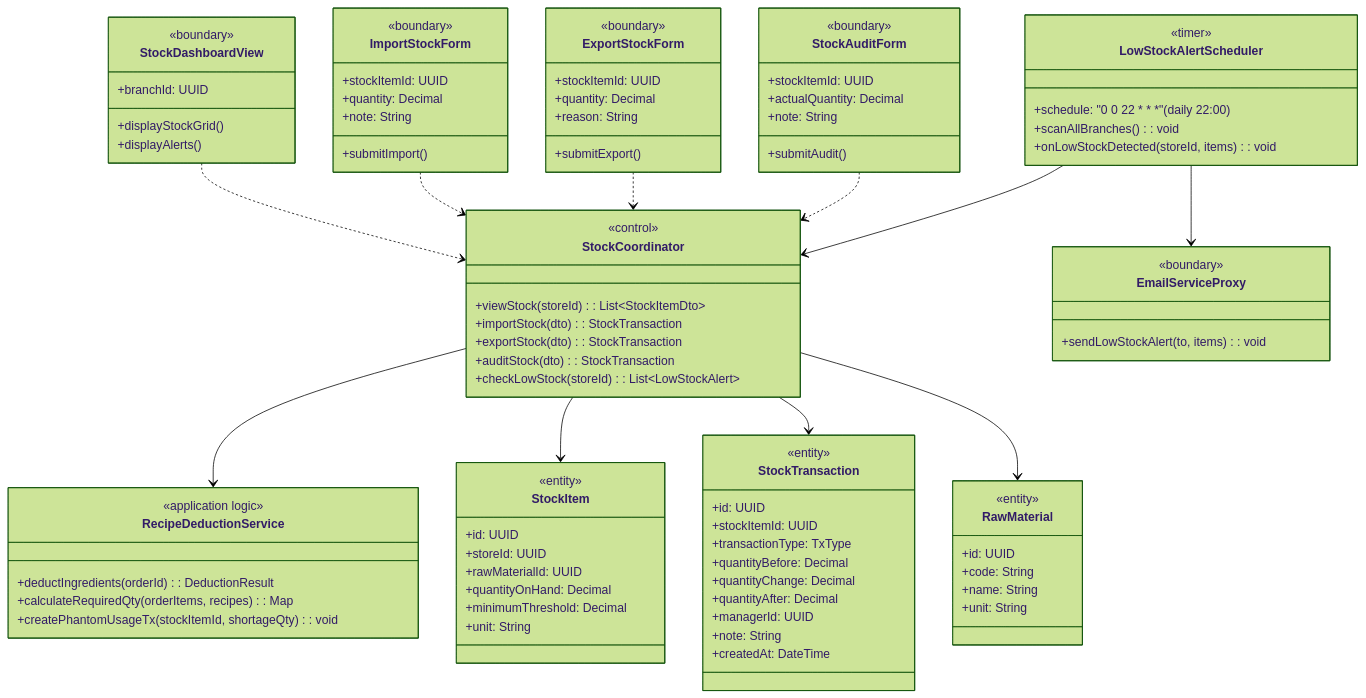
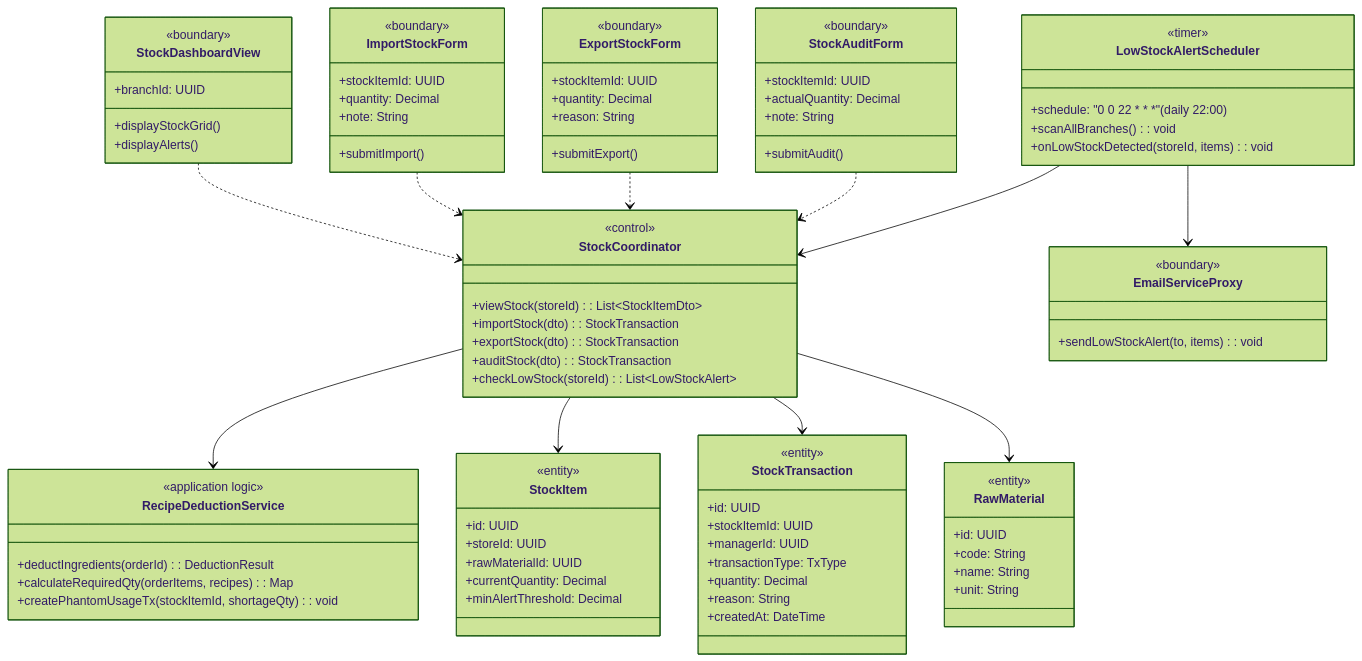
Before and after one commit to Shaichi/Khoga_coffe_shop: the first of 4 diagrams in rds_sections/09_detailed_3_6_inventory.md, drawn with Mermaid (forest theme). The commit also changed other lines of this file and 15 other files, not shown here.

```diff
--- a/rds_sections/09_detailed_3_6_inventory.md
+++ b/rds_sections/09_detailed_3_6_inventory.md
@@ -60,20 +60,17 @@
         +id: UUID
         +storeId: UUID
         +rawMaterialId: UUID
-        +quantityOnHand: Decimal
-        +minimumThreshold: Decimal
-        +unit: String
+        +currentQuantity: Decimal
+        +minAlertThreshold: Decimal
     }
     class StockTransaction {
         <<entity>>
         +id: UUID
         +stockItemId: UUID
+        +managerId: UUID
         +transactionType: TxType
-        +quantityBefore: Decimal
-        +quantityChange: Decimal
-        +quantityAfter: Decimal
-        +managerId: UUID
-        +note: String
+        +quantity: Decimal
+        +reason: String
         +createdAt: DateTime
     }
     class RawMaterial {
```
